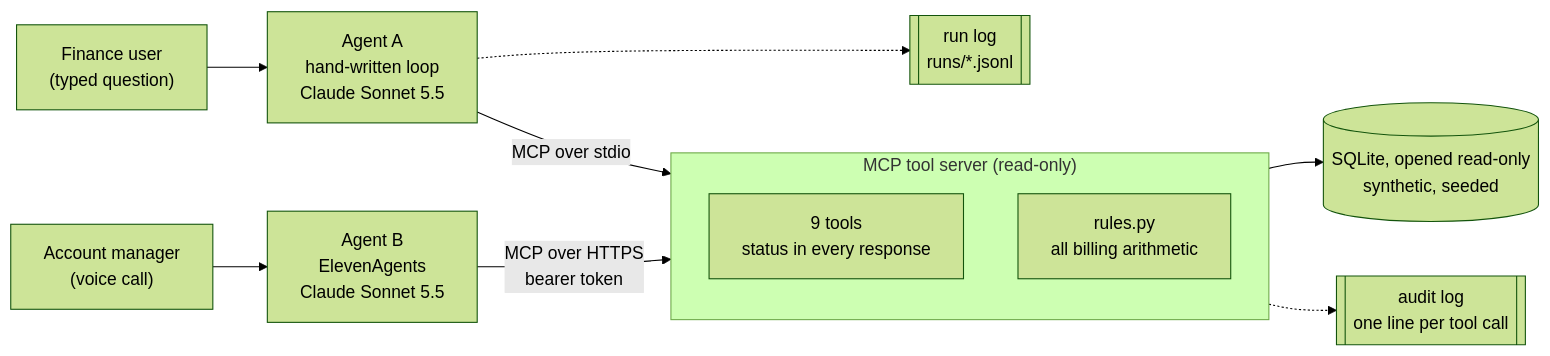
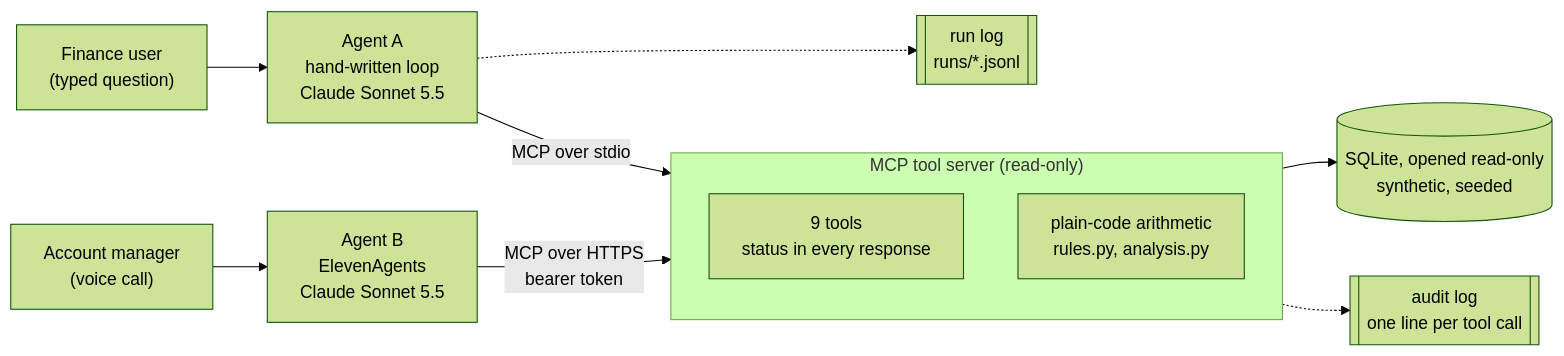
Before and after one commit to aleexorlov/finance-ops-agents: the diagram in README.md, drawn with Mermaid (forest theme). The commit also changed other lines of this file, not shown here.

First line of the commit message:
docs: README with all four evaluation runs and the review's corrections

````diff
--- a/README.md
+++ b/README.md
@@ -19,14 +25,14 @@
 ```mermaid
 flowchart LR
     U1["Finance user<br/>(typed question)"] --> A["Agent A<br/>hand-written loop<br/>Claude Sonnet 5.5"]
     U2["Account manager<br/>(voice call)"] --> B["Agent B<br/>ElevenAgents<br/>Claude Sonnet 5.5"]
     A -- "MCP over stdio" --> S
     B -- "MCP over HTTPS<br/>bearer token" --> S
     subgraph S["MCP tool server (read-only)"]
         T["9 tools<br/>status in every response"]
-        R["rules.py<br/>all billing arithmetic"]
+        R["plain-code arithmetic<br/>rules.py, analysis.py"]
     end
     S --> D[("SQLite, opened read-only<br/>synthetic, seeded")]
     A -.-> L[["run log<br/>runs/*.jsonl"]]
     S -.-> AL[["audit log<br/>one line per tool call"]]
 ```
````
